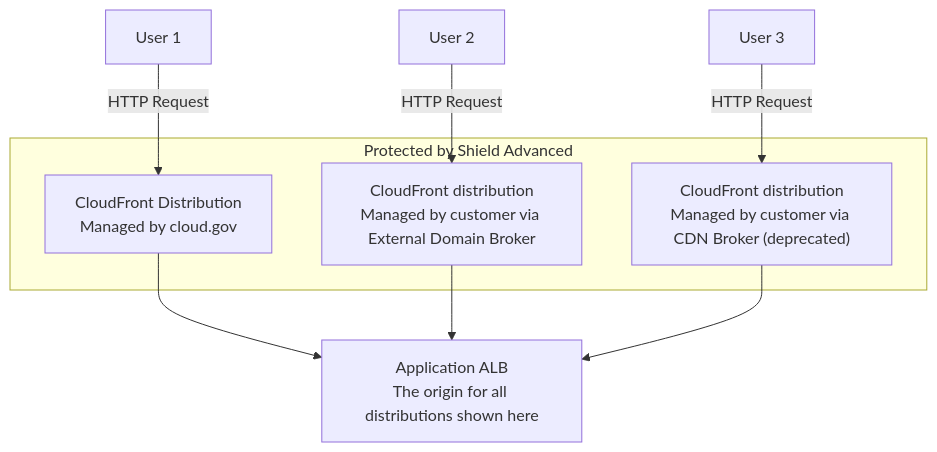
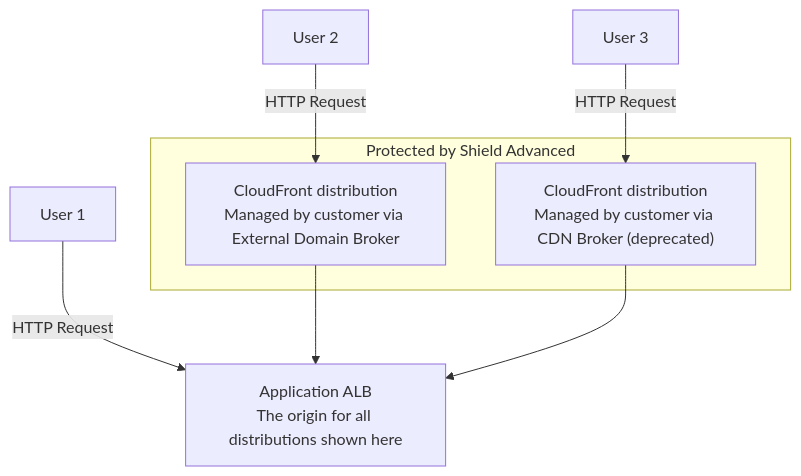
One commit to cloud-gov/product changed the fifth of 5 diagrams in adr/ADR-0009-shield-advanced.md. Above: the diagram before and after it, drawn with Mermaid. The commit also changed other lines of this file, not shown here.

Commit message:
Limit protection to platform, not customer, LBs by default

````diff
--- a/adr/ADR-0009-shield-advanced.md
+++ b/adr/ADR-0009-shield-advanced.md
@@ -146,18 +164,16 @@
 ```mermaid
 graph TD
-    user1[User 1] -->|HTTP Request| platformCDN
+    user1[User 1] -->|HTTP Request| appALB
     user2[User 2] -->|HTTP Request| brokeredCDN
     user3[User 3] -->|HTTP Request| legacyCDN
 
     subgraph sa["Protected by Shield Advanced"]
-        platformCDN[CloudFront Distribution<p>Managed by cloud.gov</p>]
         brokeredCDN[CloudFront distribution<p>Managed by customer via External Domain Broker</p>]
         legacyCDN["CloudFront distribution<p>Managed by customer via CDN Broker (deprecated)</p>"]
     end
 
-    platformCDN --> appALB[App ALB]
     brokeredCDN --> appALB
     legacyCDN --> appALB
 
     appALB[Application ALB<p>The origin for all distributions shown here</p>]
 ```
````
